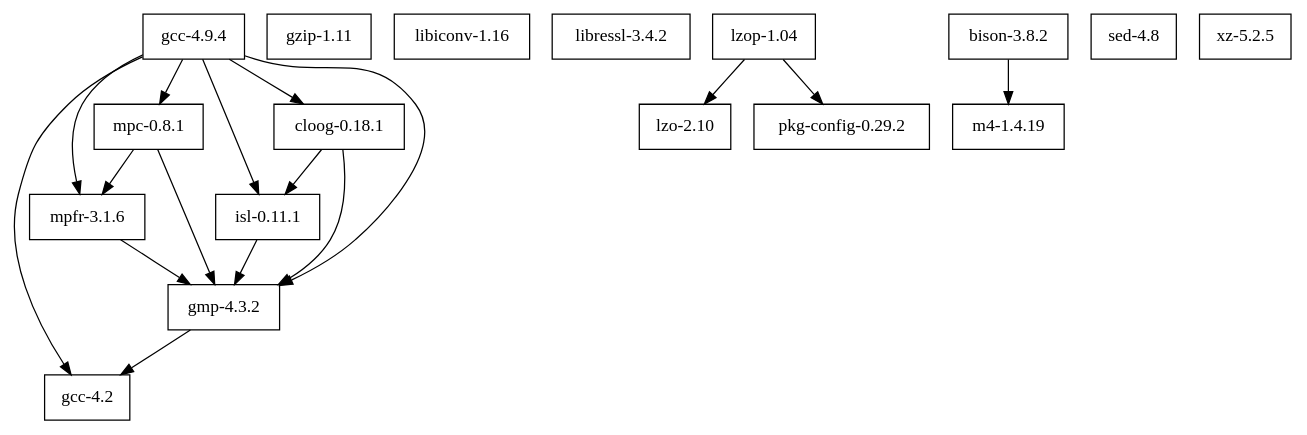
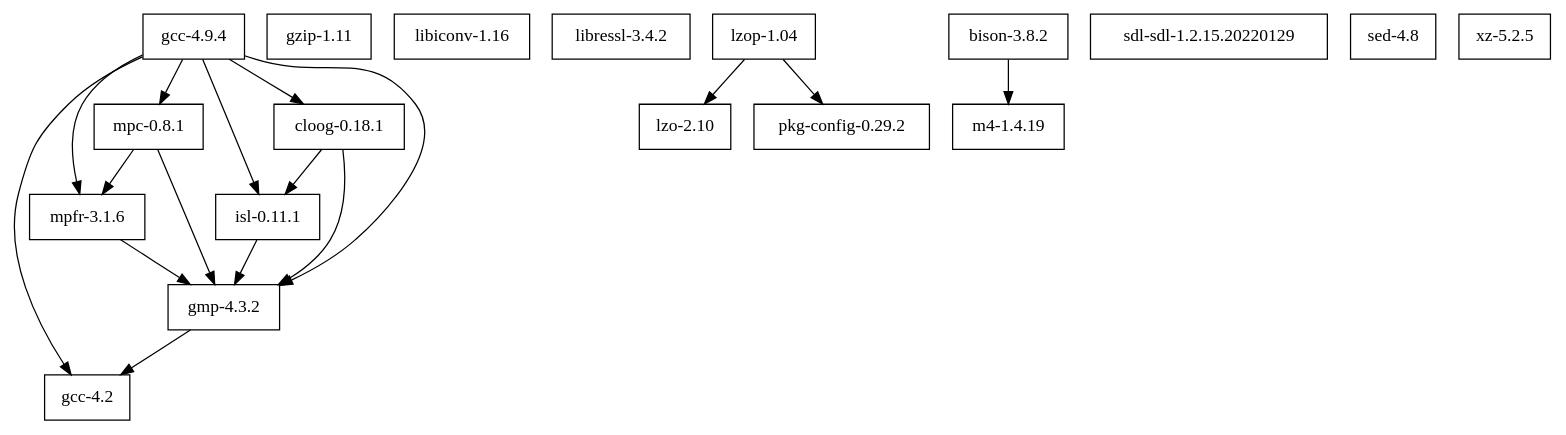
Before and after one commit to cellularmitosis/leopard.sh: the diagram in leopardsh/deps/dependencies.dot, drawn with Graphviz. The commit also changed 22 other files, not shown here.

```diff
--- a/leopardsh/deps/dependencies.dot
+++ b/leopardsh/deps/dependencies.dot
@@ -1,35 +1,36 @@
 digraph mygraph {
 node [shape=box];
 
 "gcc-4.2"
 "gzip-1.11"
 "libiconv-1.16"
 "libressl-3.4.2"
 "lzo-2.10"
 "m4-1.4.19"
 "pkg-config-0.29.2"
+"sdl-sdl-1.2.15.20220129"
 "sed-4.8"
 "xz-5.2.5"
 
 "bison-3.8.2" -> "m4-1.4.19"
 "gmp-4.3.2" -> "gcc-4.2"
 "lzop-1.04" -> "lzo-2.10"
 "lzop-1.04" -> "pkg-config-0.29.2"
 
 "mpfr-3.1.6" -> "gmp-4.3.2"
 "isl-0.11.1" -> "gmp-4.3.2"
 
 "mpc-0.8.1" -> "gmp-4.3.2"
 "mpc-0.8.1" -> "mpfr-3.1.6"
 
 "cloog-0.18.1" -> "gmp-4.3.2"
 "cloog-0.18.1" -> "isl-0.11.1"
 
 "gcc-4.9.4" -> "gcc-4.2"
 "gcc-4.9.4" -> "gmp-4.3.2"
 "gcc-4.9.4" -> "mpfr-3.1.6"
 "gcc-4.9.4" -> "mpc-0.8.1"
 "gcc-4.9.4" -> "isl-0.11.1"
 "gcc-4.9.4" -> "cloog-0.18.1"
 
 }
```
